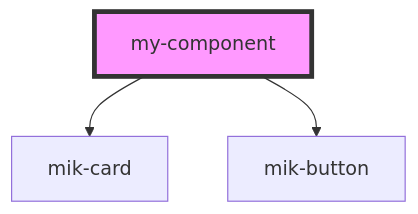
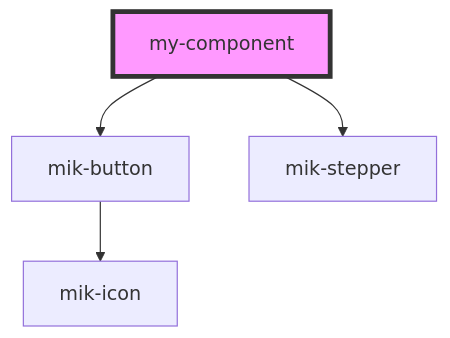
One commit to limbanmichael/mik-elements changed the diagram in src/components/my-component/readme.md. Above: the diagram before and after it, drawn with Mermaid. The commit also changed other lines of this file and 9 other files, not shown here.

Commit message:
Create stepper component

````diff
--- a/src/components/my-component/readme.md
+++ b/src/components/my-component/readme.md
@@ -16,6 +23,7 @@
 ```mermaid
 graph TD;
-  my-component --> mik-card
   my-component --> mik-button
+  my-component --> mik-stepper
+  mik-button --> mik-icon
   style my-component fill:#f9f,stroke:#333,stroke-width:4px
 ```
````
